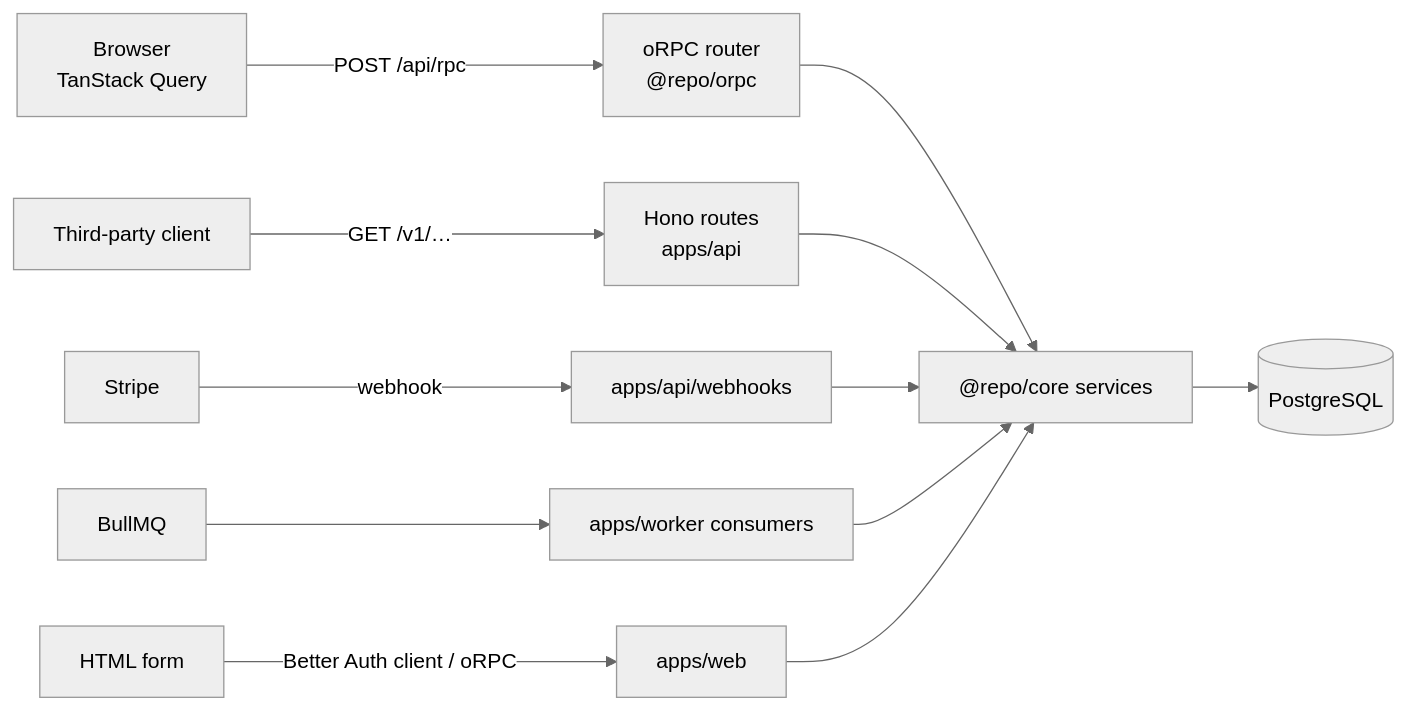
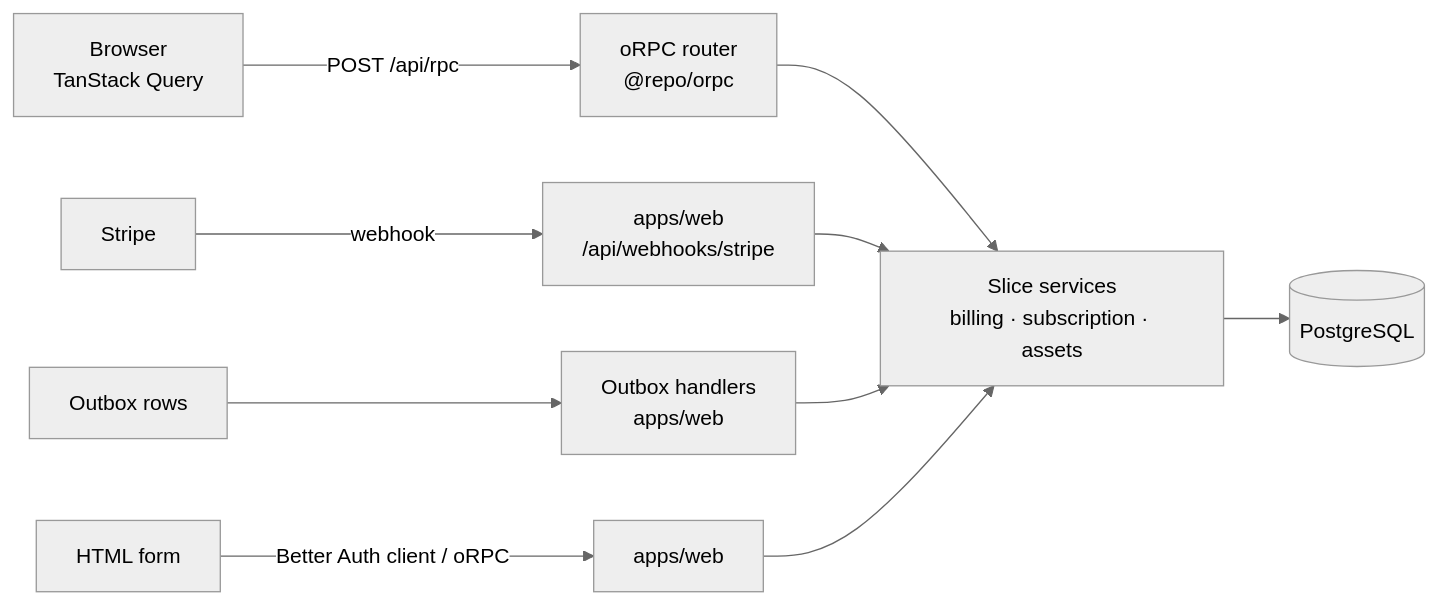
The second of 3 diagrams in docs/architecture/05-runtime-and-api.md (jleveneur/nextjs-boilerplate), drawn with Mermaid (neutral theme) before and after one commit. The commit also changed other lines of this file and 349 other files, not shown here.

First line of the commit message:
refactor!: simplify to one app, split core into kernel + slice packages (#122)

````diff
--- a/docs/architecture/05-runtime-and-api.md
+++ b/docs/architecture/05-runtime-and-api.md
@@ -105,15 +97,13 @@
 ```mermaid
 flowchart LR
     BROWSER["Browser<br/>TanStack Query"] -->|"POST /api/rpc"| ORPC["oRPC router<br/>@repo/orpc"]
-    THIRD["Third-party client"] -->|"GET /v1/…"| REST["Hono routes<br/>apps/api"]
-    STRIPE["Stripe"] -->|webhook| WH["apps/api/webhooks"]
-    QUEUE["BullMQ"] --> CONS["apps/worker consumers"]
+    STRIPE["Stripe"] -->|webhook| WH["apps/web<br/>/api/webhooks/stripe"]
+    OUTBOX["Outbox rows"] --> HANDLERS["Outbox handlers<br/>apps/web"]
     FORM["HTML form"] -->|Better Auth client / oRPC| SA["apps/web"]
 
-    ORPC --> CORE["@repo/core services"]
-    REST --> CORE
+    ORPC --> CORE["Slice services<br/>billing · subscription · assets"]
     WH --> CORE
-    CONS --> CORE
+    HANDLERS --> CORE
     SA --> CORE
     CORE --> DB[("PostgreSQL")]
 ```
````
